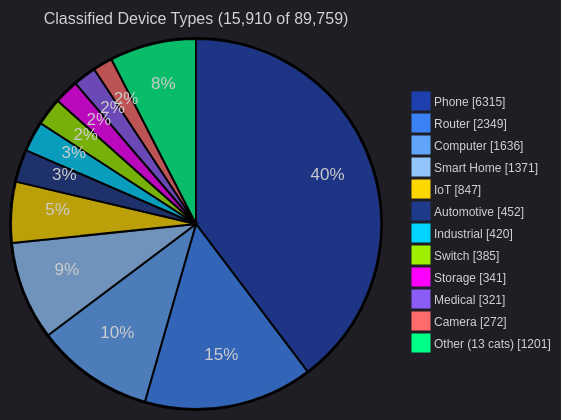
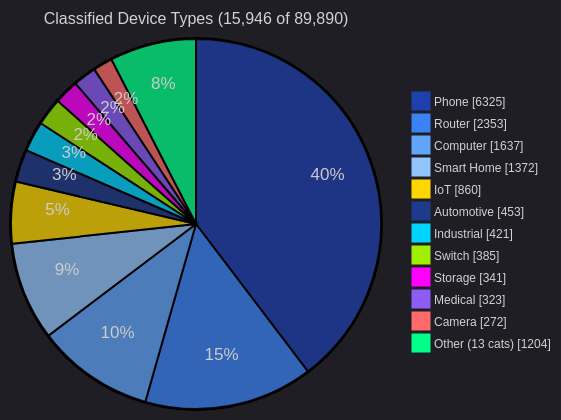
Before and after one commit to Ringmast4r/OUI-Master-Database: the fourth of 5 diagrams in README.md, drawn with Mermaid. The commit also changed other lines of this file and 14 other files, not shown here.

````diff
--- a/README.md
+++ b/README.md
@@ -166,17 +166,17 @@
 ```mermaid
 %%{init: {'theme':'dark', 'themeVariables': {'pie1':'#1E40AF','pie2':'#3B82F6','pie3':'#60A5FA','pie4':'#93C5FD','pie5':'#FFD700','pie6':'#1E3A8A','pie7':'#00D4FF','pie8':'#9FEF00','pie9':'#FF00FF','pie10':'#8B5CF6','pie11':'#FF6B6B','pie12':'#00FF88','pieTitleTextSize':'16px','pieLegendTextSize':'12px'}}}%%
 pie showData
-    title Classified Device Types (15,910 of 89,759)
-    "Phone" : 6315
-    "Router" : 2349
-    "Computer" : 1636
-    "Smart Home" : 1371
-    "IoT" : 847
-    "Automotive" : 452
-    "Industrial" : 420
+    title Classified Device Types (15,946 of 89,890)
+    "Phone" : 6325
+    "Router" : 2353
+    "Computer" : 1637
+    "Smart Home" : 1372
+    "IoT" : 860
+    "Automotive" : 453
+    "Industrial" : 421
     "Switch" : 385
     "Storage" : 341
-    "Medical" : 321
+    "Medical" : 323
     "Camera" : 272
-    "Other (13 cats)" : 1201
+    "Other (13 cats)" : 1204
 ```
````
